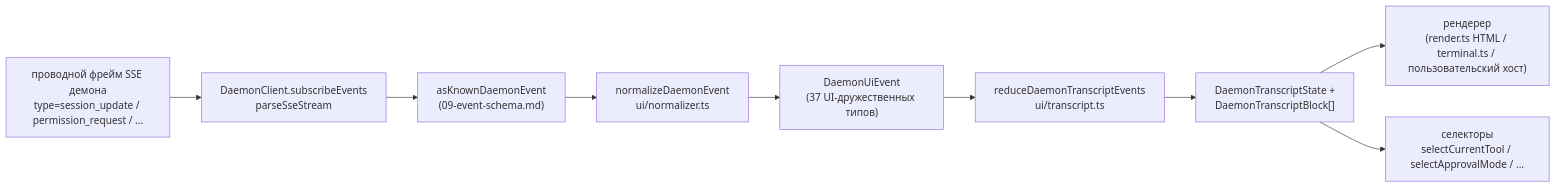
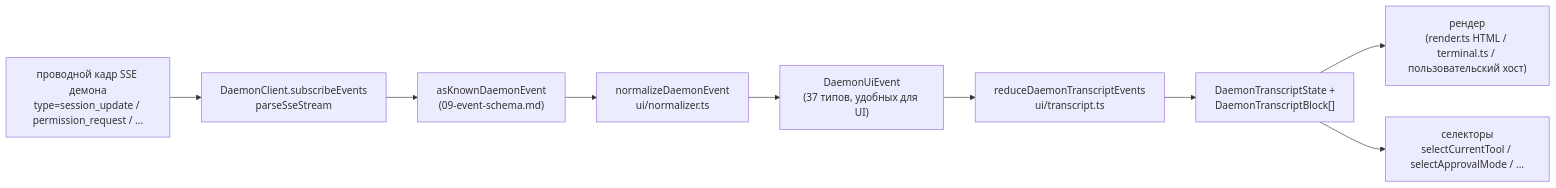
One commit to QwenLM/qwen-code-docs changed the diagram in website/content/ru/developers/daemon/14-cli-tui-adapter.md. Above: the diagram before and after it, drawn with Mermaid. The commit also changed other lines of this file and 1077 other files, not shown here.

````diff
--- a/website/content/ru/developers/daemon/14-cli-tui-adapter.md
+++ b/website/content/ru/developers/daemon/14-cli-tui-adapter.md
@@ -113,12 +114,12 @@
 ```mermaid
 flowchart LR
-    A["проводной фрейм SSE демона<br/>type=session_update / permission_request / ..."]
+    A["проводной кадр SSE демона<br/>type=session_update / permission_request / ..."]
     A --> B["DaemonClient.subscribeEvents<br/>parseSseStream"]
     B --> C["asKnownDaemonEvent<br/>(09-event-schema.md)"]
     C --> D["normalizeDaemonEvent<br/>ui/normalizer.ts"]
-    D --> E["DaemonUiEvent<br/>(37 UI-дружественных типов)"]
+    D --> E["DaemonUiEvent<br/>(37 типов, удобных для UI)"]
     E --> F["reduceDaemonTranscriptEvents<br/>ui/transcript.ts"]
     F --> G["DaemonTranscriptState +<br/>DaemonTranscriptBlock[]"]
-    G --> H["рендерер<br/>(render.ts HTML / terminal.ts / пользовательский хост)"]
+    G --> H["рендер<br/>(render.ts HTML / terminal.ts / пользовательский хост)"]
     G --> I["селекторы<br/>selectCurrentTool / selectApprovalMode / ..."]
 ```
````
